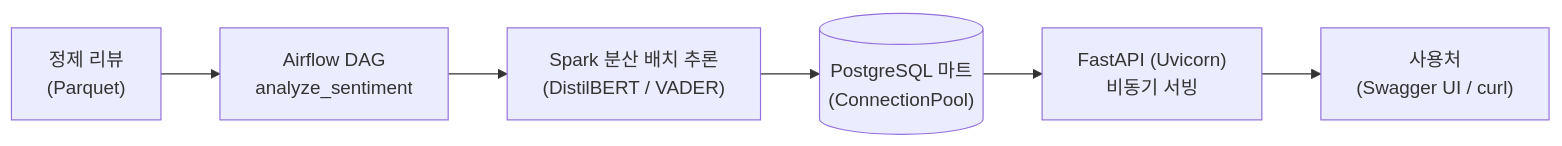
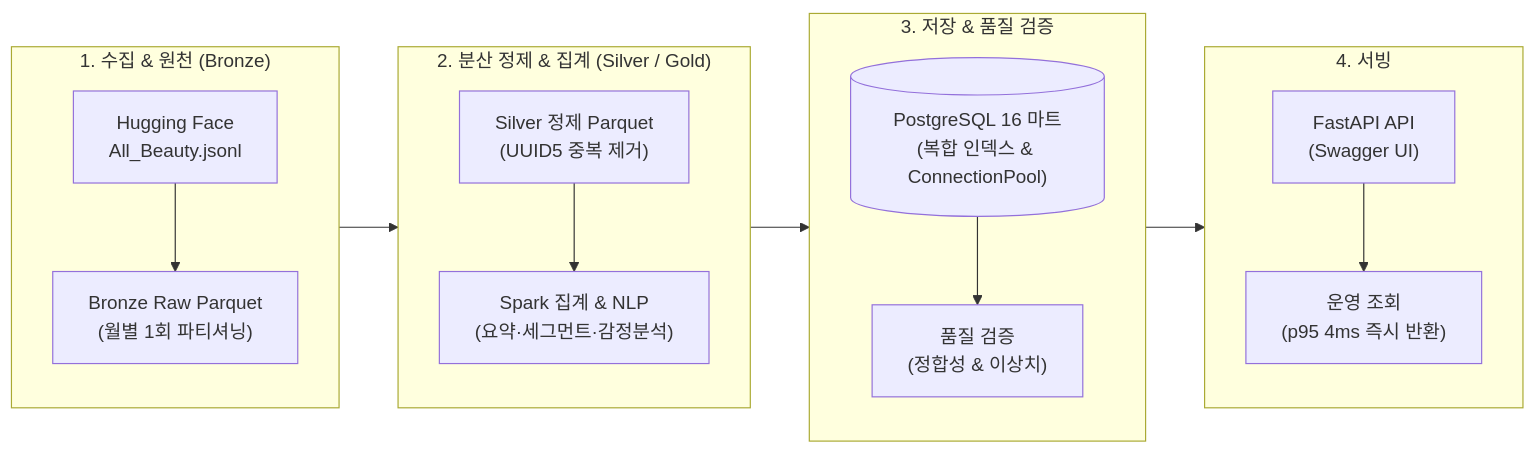
Before and after one commit to 98khongmin/2026-data-engineer-live-project: the first of 2 diagrams in README.md, drawn with Mermaid. The commit also changed other lines of this file and 2 other files, not shown here.

````diff
--- a/README.md
+++ b/README.md
@@ -277,8 +31,26 @@
 ```mermaid
 flowchart LR
-    A["정제 리뷰<br/>(Parquet)"] --> B["Airflow DAG<br/>analyze_sentiment"]
-    B --> C["Spark 분산 배치 추론<br/>(DistilBERT / VADER)"]
-    C --> D[("PostgreSQL 마트<br/>(ConnectionPool)")]
-    D --> E["FastAPI (Uvicorn)<br/>비동기 서빙"]
-    E --> F["사용처<br/>(Swagger UI / curl)"]
+    subgraph S1 ["1. 수집 & 원천 (Bronze)"]
+        direction TB
+        A["Hugging Face<br/>All_Beauty.jsonl"] --> B["Bronze Raw Parquet<br/>(월별 1회 파티셔닝)"]
+    end
+
+    subgraph S2 ["2. 분산 정제 & 집계 (Silver / Gold)"]
+        direction TB
+        C["Silver 정제 Parquet<br/>(UUID5 중복 제거)"] --> D["Spark 집계 & NLP<br/>(요약·세그먼트·감정분석)"]
+    end
+
+    subgraph S3 ["3. 저장 & 품질 검증"]
+        direction TB
+        E[("PostgreSQL 16 마트<br/>(복합 인덱스 & ConnectionPool)")] --> F["품질 검증<br/>(정합성 & 이상치)"]
+    end
+
+    subgraph S4 ["4. 서빙"]
+        direction TB
+        G["FastAPI API<br/>(Swagger UI)"] --> H["운영 조회<br/>(p95 4ms 즉시 반환)"]
+    end
+
+    B --> C
+    D --> E
+    E --> G
 ```
````
